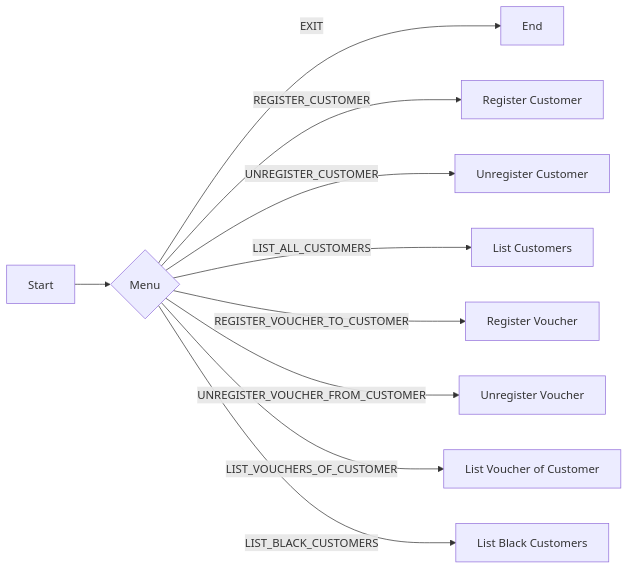
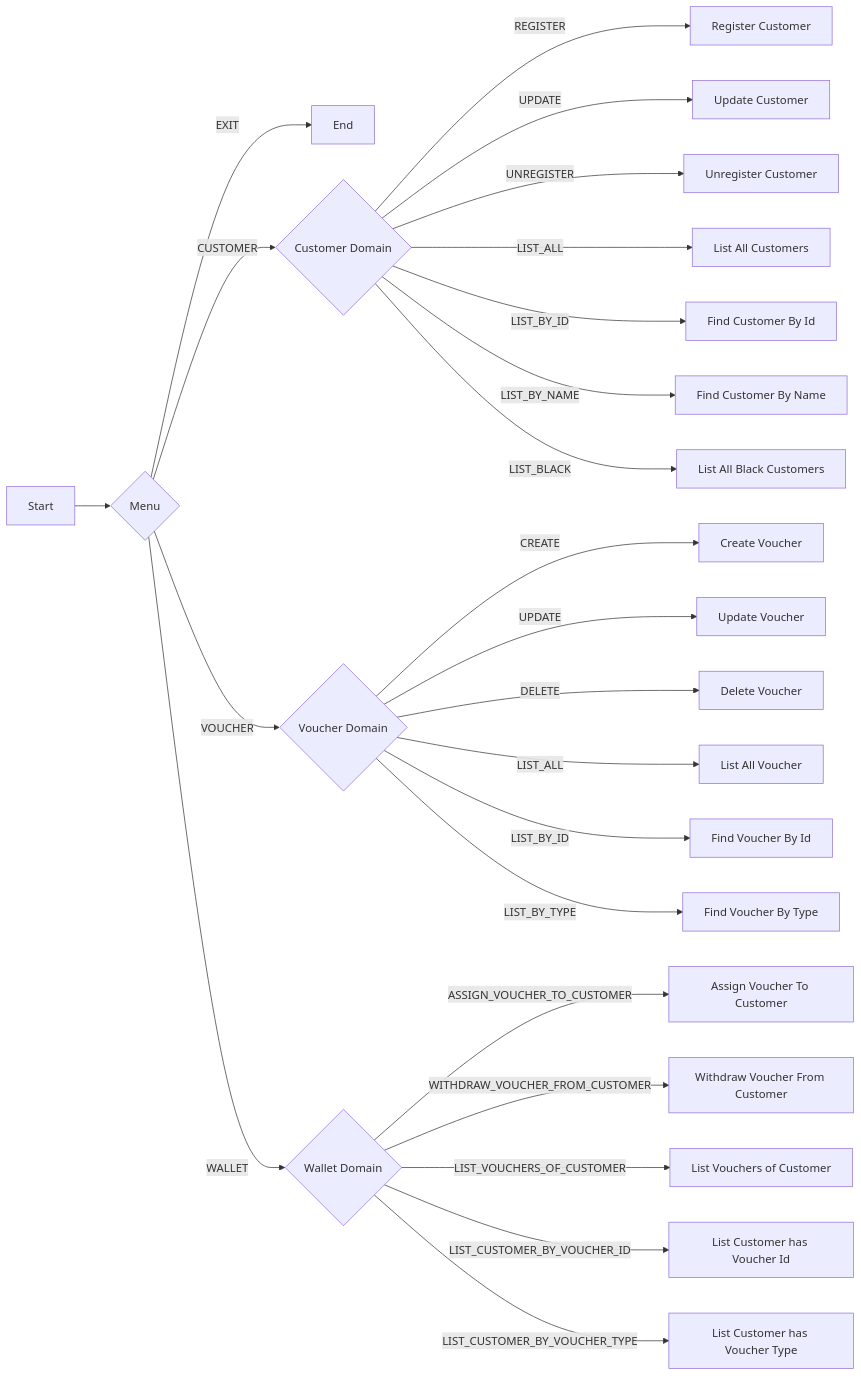
One commit to prgrms-be-devcourse/springboot-basic changed the diagram in flowchart.mermaid. Above: the diagram before and after it, drawn with Mermaid. The commit also changed 2 other files, not shown here.

Commit message:
docs: 흐름도, 클래스다이어그램 업데이트

```diff
--- a/flowchart.mermaid
+++ b/flowchart.mermaid
@@ -1,10 +1,27 @@
 flowchart LR
     start_node[Start] --> menu{Menu}
     menu -- EXIT --> end_node[End]
-    menu -- REGISTER_CUSTOMER --> RegisterCustomer[Register Customer]
-    menu -- UNREGISTER_CUSTOMER --> UnregisterCustomer[Unregister Customer]
-    menu -- LIST_ALL_CUSTOMERS --> ListCustomer[List Customers]
-    menu -- REGISTER_VOUCHER_TO_CUSTOMER --> RegisterVoucher[Register Voucher]
-    menu -- UNREGISTER_VOUCHER_FROM_CUSTOMER --> UnregisterVoucher[Unregister Voucher]
-    menu -- LIST_VOUCHERS_OF_CUSTOMER --> ListVoucher[List Voucher of Customer]
-    menu -- LIST_BLACK_CUSTOMERS --> ListBlackCustomer[List Black Customers]
+    menu -- CUSTOMER --> customerDomain{Customer Domain }
+    menu -- VOUCHER --> voucherDomain{Voucher Domain}
+    menu -- WALLET --> walletDomain{Wallet Domain}
+
+    customerDomain -- REGISTER --> registerCustomer[Register Customer]
+    customerDomain -- UPDATE --> updateCustomer[Update Customer]
+    customerDomain -- UNREGISTER --> unregisterCustomer[Unregister Customer]
+    customerDomain -- LIST_ALL --> listCustomer[List All Customers]
+    customerDomain -- LIST_BY_ID --> listCustomerById[Find Customer By Id]
+    customerDomain -- LIST_BY_NAME --> listCustomerName[Find Customer By Name]
+    customerDomain -- LIST_BLACK --> listBlack[List All Black Customers]
+
+    voucherDomain -- CREATE --> createVoucher[Create Voucher]
+    voucherDomain -- UPDATE --> updateVoucher[Update Voucher]
+    voucherDomain -- DELETE --> deleteVoucher[Delete Voucher]
+    voucherDomain -- LIST_ALL --> listVoucher[List All Voucher]
+    voucherDomain -- LIST_BY_ID --> listVoucherById[Find Voucher By Id]
+    voucherDomain -- LIST_BY_TYPE --> listVoucherByType[Find Voucher By Type]
+
+    walletDomain -- ASSIGN_VOUCHER_TO_CUSTOMER --> assign[Assign Voucher To Customer]
+    walletDomain -- WITHDRAW_VOUCHER_FROM_CUSTOMER --> withdraw[Withdraw Voucher From Customer]
+    walletDomain -- LIST_VOUCHERS_OF_CUSTOMER --> listvoc[List Vouchers of Customer]
+    walletDomain -- LIST_CUSTOMER_BY_VOUCHER_ID --> listcbb[List Customer has Voucher Id]
+    walletDomain -- LIST_CUSTOMER_BY_VOUCHER_TYPE --> listcbt[List Customer has Voucher Type]
```
